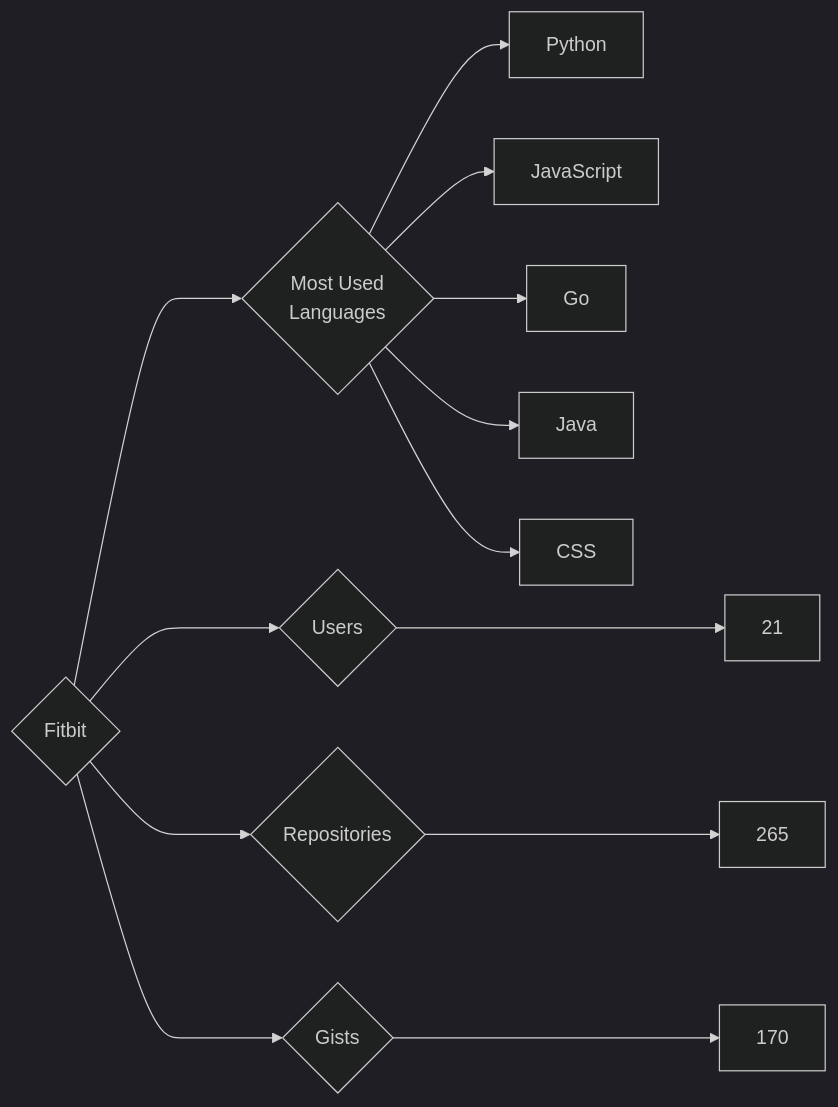
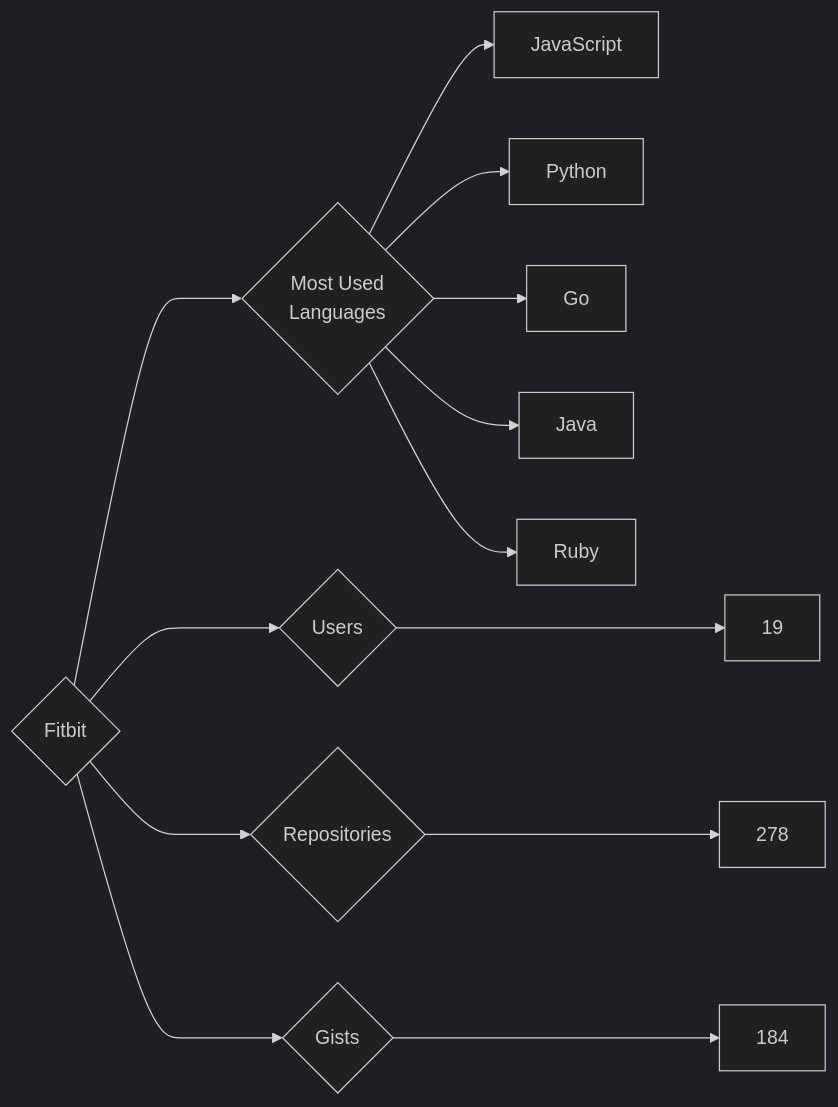
Before and after one commit to trickest/insiders: the diagram in targets/Fitbit/README.md, drawn with Mermaid (dark theme). The commit also changed 894 other files, not shown here.

````diff
--- a/targets/Fitbit/README.md
+++ b/targets/Fitbit/README.md
@@ -3,13 +3,13 @@
 ```mermaid
 graph LR
 COMPANY_NAME{Fitbit}
-COMPANY_NAME ---> U{Users} ---> UN[21]
-COMPANY_NAME ---> R{Repositories} ---> RN[265]
-COMPANY_NAME ---> G{Gists} ---> GN[170]
+COMPANY_NAME ---> U{Users} ---> UN[19]
+COMPANY_NAME ---> R{Repositories} ---> RN[278]
+COMPANY_NAME ---> G{Gists} ---> GN[184]
 COMPANY_NAME ---> ML{Most Used<br>Languages}
+ML --> JavaScript[JavaScript]
 ML --> Python[Python]
-ML --> JavaScript[JavaScript]
 ML --> Go[Go]
 ML --> Java[Java]
-ML --> CSS[CSS]
+ML --> Ruby[Ruby]
 ```
````
